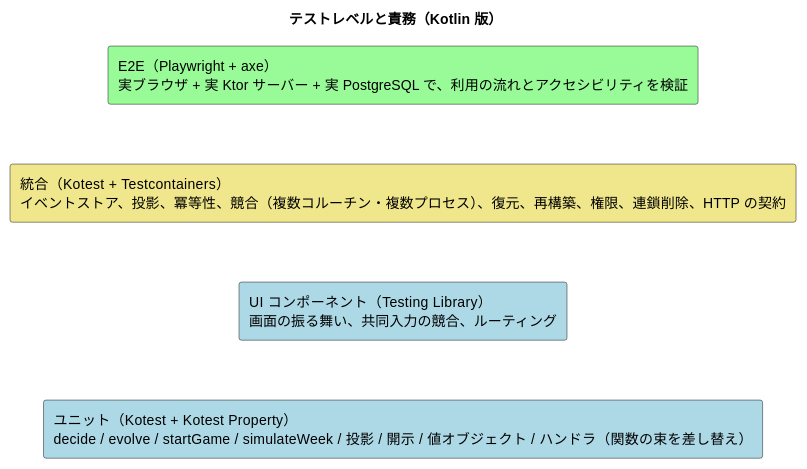
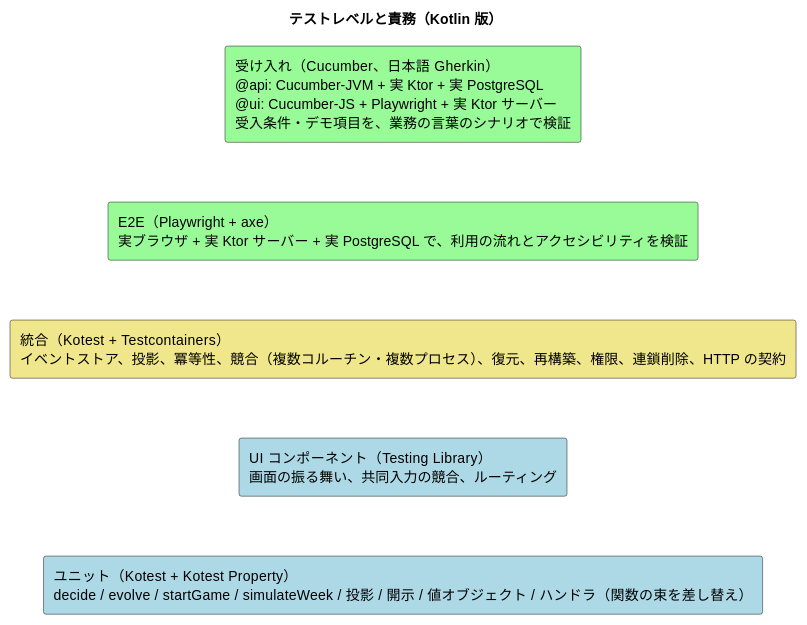
One commit to k2works/case-study-beer-game-simulation changed the first of 2 diagrams in docs/design/beer-game-kotlin/test-strategy.md. Above: the diagram before and after it, drawn with PlantUML. The commit also changed other lines of this file and 1 other file, not shown here.

````diff
--- a/docs/design/beer-game-kotlin/test-strategy.md
+++ b/docs/design/beer-game-kotlin/test-strategy.md
@@ -52,14 +52,16 @@
 ```plantuml
 @startuml
 title テストレベルと責務（Kotlin 版）
 
+rectangle "受け入れ（Cucumber、日本語 Gherkin）\n@api: Cucumber-JVM + 実 Ktor + 実 PostgreSQL\n@ui: Cucumber-JS + Playwright + 実 Ktor サーバー\n受入条件・デモ項目を、業務の言葉のシナリオで検証" as ACC #palegreen
 rectangle "E2E（Playwright + axe）\n実ブラウザ + 実 Ktor サーバー + 実 PostgreSQL で、利用の流れとアクセシビリティを検証" as E2E #palegreen
 rectangle "統合（Kotest + Testcontainers）\nイベントストア、投影、冪等性、競合（複数コルーチン・複数プロセス）、復元、再構築、権限、連鎖削除、HTTP の契約" as INT #khaki
 rectangle "UI コンポーネント（Testing Library）\n画面の振る舞い、共同入力の競合、ルーティング" as UI #lightblue
 rectangle "ユニット（Kotest + Kotest Property）\ndecide / evolve / startGame / simulateWeek / 投影 / 開示 / 値オブジェクト / ハンドラ（関数の束を差し替え）" as UNIT #lightblue
 
+ACC -[hidden]down-> E2E
 E2E -[hidden]down-> INT
 INT -[hidden]down-> UI
 UI -[hidden]down-> UNIT
 @enduml
 ```
````
